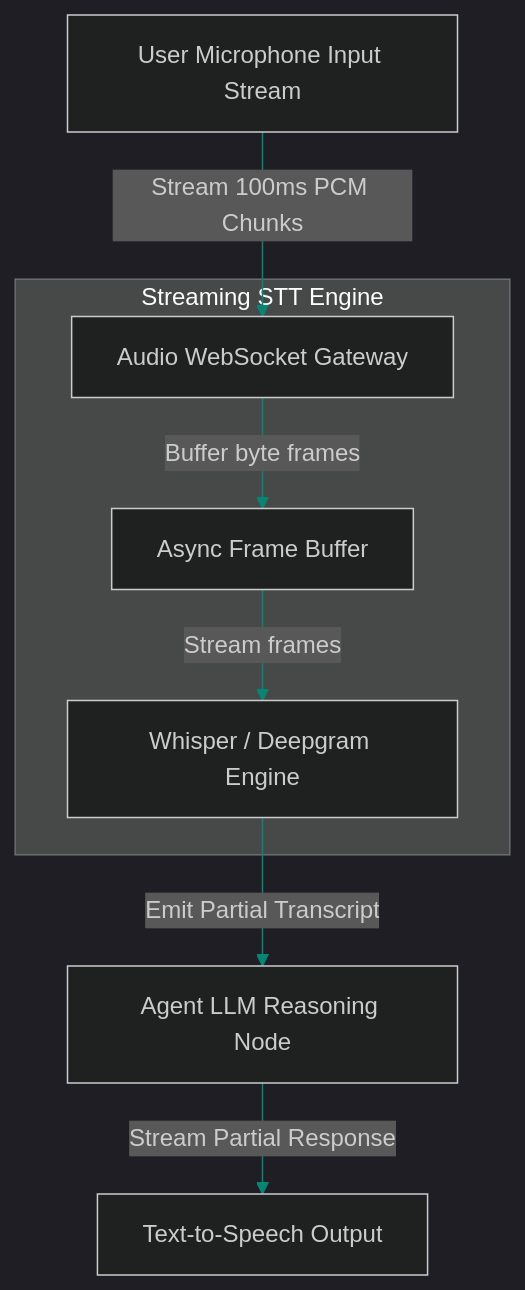
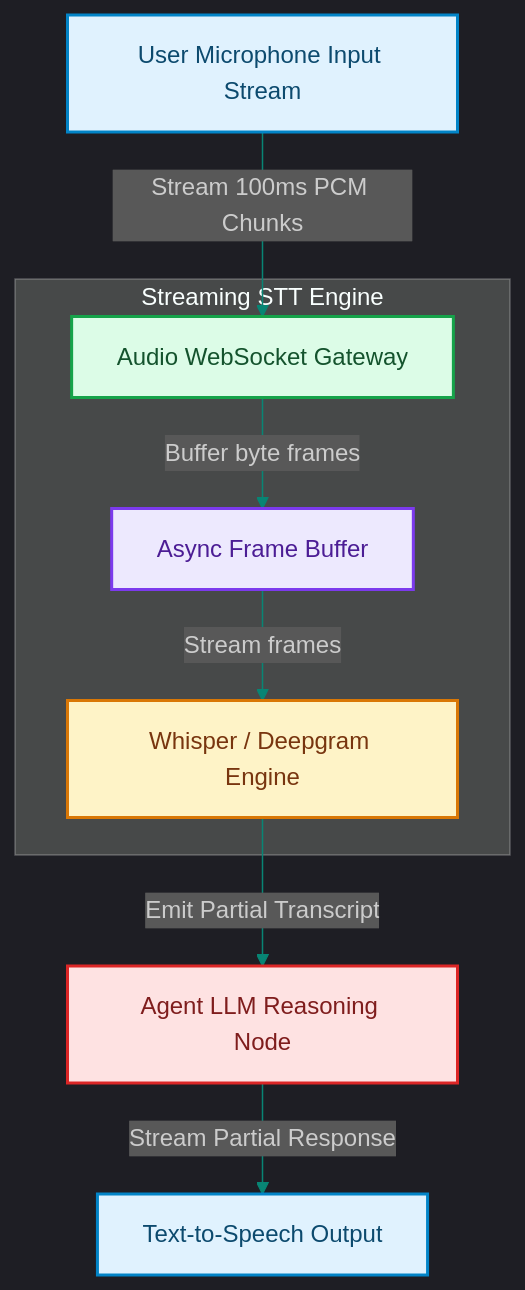
One commit to akmalkhaniub/akmalkhaniub.github.io changed the diagram in blog/posts/multimodal-streaming-audio-telemetry-speech-gateways.md. Above: the diagram before and after it, drawn with Mermaid. The commit also changed other lines of this file and 1291 other files, not shown here.

First line of the commit message:
feat(catalog): unique covers, scholarly references, and diagram palettes

````diff
--- a/blog/posts/multimodal-streaming-audio-telemetry-speech-gateways.md
+++ b/blog/posts/multimodal-streaming-audio-telemetry-speech-gateways.md
@@ -16,13 +16,24 @@
 ```mermaid
 %%{init: {'theme': 'dark', 'themeVariables': { 'primaryColor': '#088574', 'primaryTextColor': '#f3f4f6', 'primaryBorderColor': '#0db49b', 'lineColor': '#088574', 'secondaryColor': '#111827', 'tertiaryColor': '#0b0f19'}}}%%
 flowchart TD
-    UserMic[User Microphone Input Stream] -->|Stream 100ms PCM Chunks| Gateway[Audio WebSocket Gateway]
+    UserMic["User Microphone Input Stream"] -->|Stream 100ms PCM Chunks| Gateway["Audio WebSocket Gateway"]
     
     subgraph SG1_StreamingSttEngine ["Streaming STT Engine"]
-        Gateway -->|Buffer byte frames| Queue[Async Frame Buffer]
-        Queue -->|Stream frames| STT[Whisper / Deepgram Engine]
+        Gateway -->|Buffer byte frames| Queue["Async Frame Buffer"]
+        Queue -->|Stream frames| STT["Whisper / Deepgram Engine"]
     end
     
-    STT -->|Emit Partial Transcript| Agent[Agent LLM Reasoning Node]
-    Agent -->|Stream Partial Response| TTS[Text-to-Speech Output]
+    STT -->|Emit Partial Transcript| Agent["Agent LLM Reasoning Node"]
+    Agent -->|Stream Partial Response| TTS["Text-to-Speech Output"]
+
+classDef green fill:#dcfce7,stroke:#16a34a,stroke-width:2px,color:#14532d;
+classDef red fill:#fee2e2,stroke:#dc2626,stroke-width:2px,color:#7f1d1d;
+classDef blue fill:#e0f2fe,stroke:#0284c7,stroke-width:2px,color:#0c4a6e;
+classDef yellow fill:#fef3c7,stroke:#d97706,stroke-width:2px,color:#78350f;
+classDef purple fill:#ede9fe,stroke:#7c3aed,stroke-width:2px,color:#4c1d95;
+class UserMic,TTS blue
+class Gateway green
+class Queue purple
+class STT yellow
+class Agent red
 ```
````
